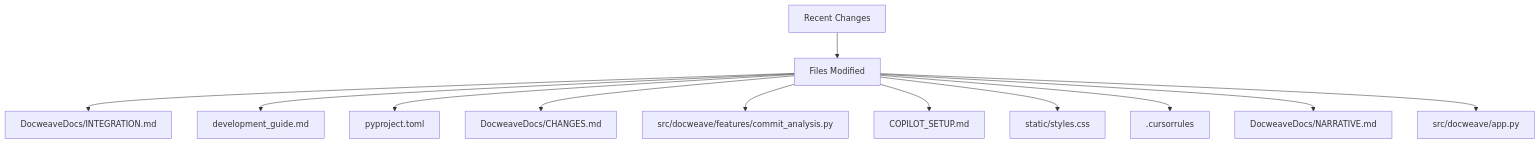
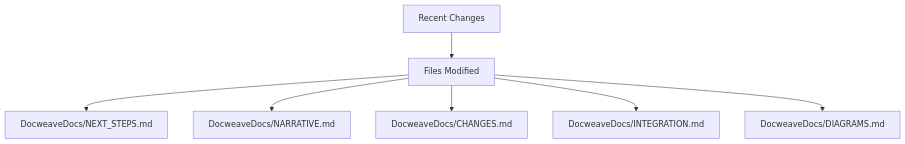
Before and after one commit to Juls95/DocWeave: the sixth of 7 diagrams in DocweaveDocs/DIAGRAMS.md, drawn with Mermaid. The commit also changed other lines of this file and 7 other files, not shown here.

````diff
--- a/DocweaveDocs/DIAGRAMS.md
+++ b/DocweaveDocs/DIAGRAMS.md
@@ -137,14 +150,9 @@
 ```mermaid
 graph TD
     A[Recent Changes] --> B[Files Modified]
-    B --> F1["DocweaveDocs/INTEGRATION.md"]
-    B --> F2["development_guide.md"]
-    B --> F3["pyproject.toml"]
-    B --> F4["DocweaveDocs/CHANGES.md"]
-    B --> F5["src/docweave/features/commit_analysis.py"]
-    B --> F6["COPILOT_SETUP.md"]
-    B --> F7["static/styles.css"]
-    B --> F8[".cursorrules"]
-    B --> F9["DocweaveDocs/NARRATIVE.md"]
-    B --> F10["src/docweave/app.py"]
+    B --> F1["DocweaveDocs/NEXT_STEPS.md"]
+    B --> F2["DocweaveDocs/NARRATIVE.md"]
+    B --> F3["DocweaveDocs/CHANGES.md"]
+    B --> F4["DocweaveDocs/INTEGRATION.md"]
+    B --> F5["DocweaveDocs/DIAGRAMS.md"]
 ```
````
